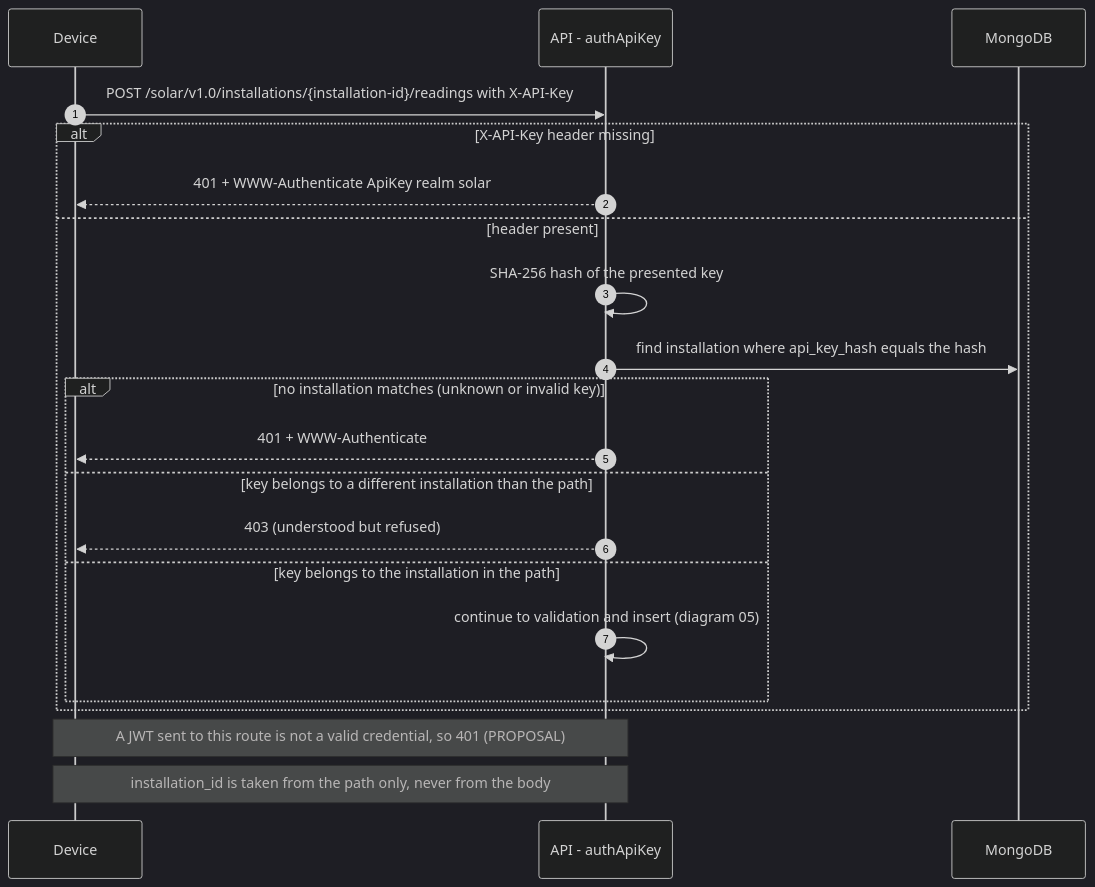
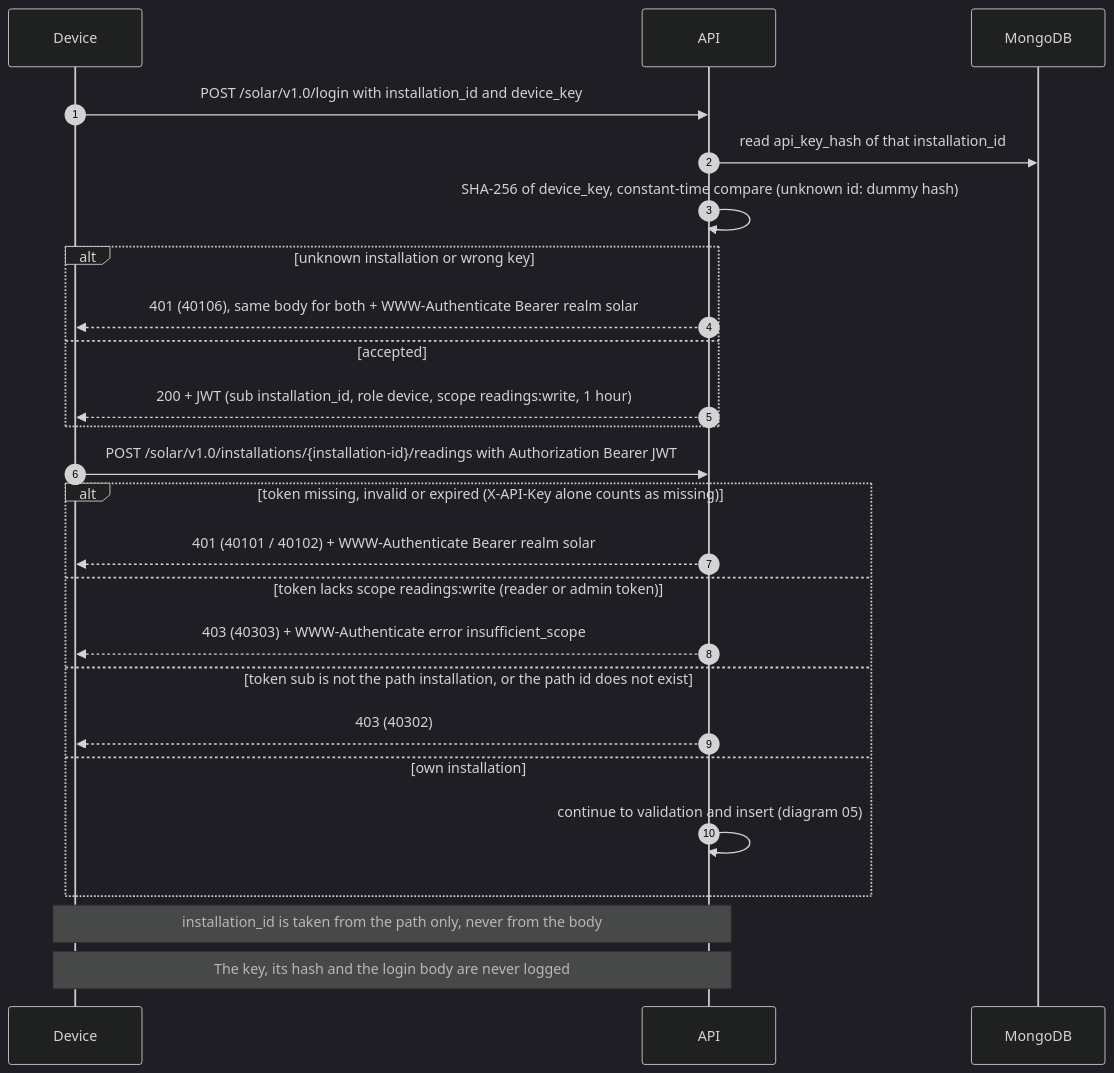
One commit to hashiniRanasinghe/solar-api changed the diagram in docs/design/diagrams/04a-auth-device-write.mmd. Above: the diagram before and after it, drawn with Mermaid (dark theme). The commit also changed 26 other files, not shown here.

Commit message:
feat(auth): device JWT via /login (client credentials) and scope enforcement on every route

```diff
--- a/docs/design/diagrams/04a-auth-device-write.mmd
+++ b/docs/design/diagrams/04a-auth-device-write.mmd
@@ -1,24 +1,28 @@
 %% 04a-auth-device-write.mmd - Authentication and authorization: device write path
-%% Basis: BRIEF §2, §5 (device authenticates as its installation); WP §9 (401 / 403); LEC S7, S8
-%% Decisions: my-decisions §9 (401 vs 403 confirmed by you, OQ-10). Key-hash lookup mechanism is a PROPOSAL.
+%% Basis: BRIEF §2, §5 (device authenticates as its installation); WP §9 (401 / 403), §12.1 (simple credentials only to obtain a token), §12.2 (bearer token with scopes); LEC S7, S8
+%% Decisions: my-decisions §9 (DECIDED · YOU 2026-09-26: device JWT, client-credentials pattern, replaces X-API-Key; OQ-10, OQ-26).
 sequenceDiagram
   autonumber
   participant D as Device
-  participant A as API - authApiKey
+  participant A as API
   participant DB as MongoDB
-  D->>A: POST /solar/v1.0/installations/{installation-id}/readings with X-API-Key
-  alt X-API-Key header missing
-    A-->>D: 401 + WWW-Authenticate ApiKey realm solar
-  else header present
-    A->>A: SHA-256 hash of the presented key
-    A->>DB: find installation where api_key_hash equals the hash
-    alt no installation matches (unknown or invalid key)
-      A-->>D: 401 + WWW-Authenticate
-    else key belongs to a different installation than the path
-      A-->>D: 403 (understood but refused)
-    else key belongs to the installation in the path
-      A->>A: continue to validation and insert (diagram 05)
-    end
+  D->>A: POST /solar/v1.0/login with installation_id and device_key
+  A->>DB: read api_key_hash of that installation_id
+  A->>A: SHA-256 of device_key, constant-time compare (unknown id: dummy hash)
+  alt unknown installation or wrong key
+    A-->>D: 401 (40106), same body for both + WWW-Authenticate Bearer realm solar
+  else accepted
+    A-->>D: 200 + JWT (sub installation_id, role device, scope readings:write, 1 hour)
   end
-  Note over D,A: A JWT sent to this route is not a valid credential, so 401 (PROPOSAL)
+  D->>A: POST /solar/v1.0/installations/{installation-id}/readings with Authorization Bearer JWT
+  alt token missing, invalid or expired (X-API-Key alone counts as missing)
+    A-->>D: 401 (40101 / 40102) + WWW-Authenticate Bearer realm solar
+  else token lacks scope readings:write (reader or admin token)
+    A-->>D: 403 (40303) + WWW-Authenticate error insufficient_scope
+  else token sub is not the path installation, or the path id does not exist
+    A-->>D: 403 (40302)
+  else own installation
+    A->>A: continue to validation and insert (diagram 05)
+  end
   Note over D,A: installation_id is taken from the path only, never from the body
+  Note over D,A: The key, its hash and the login body are never logged
```
